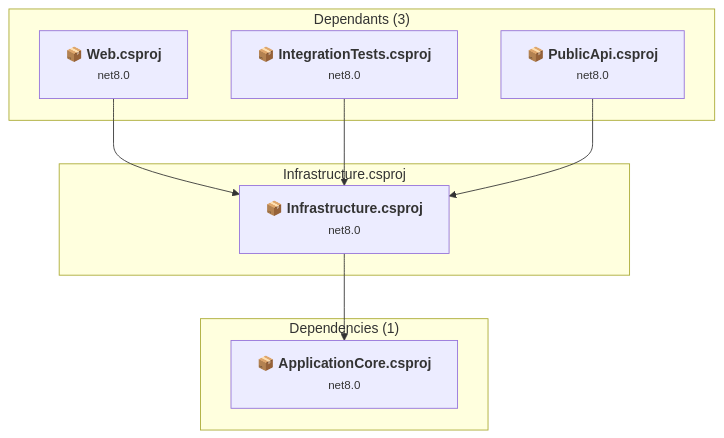
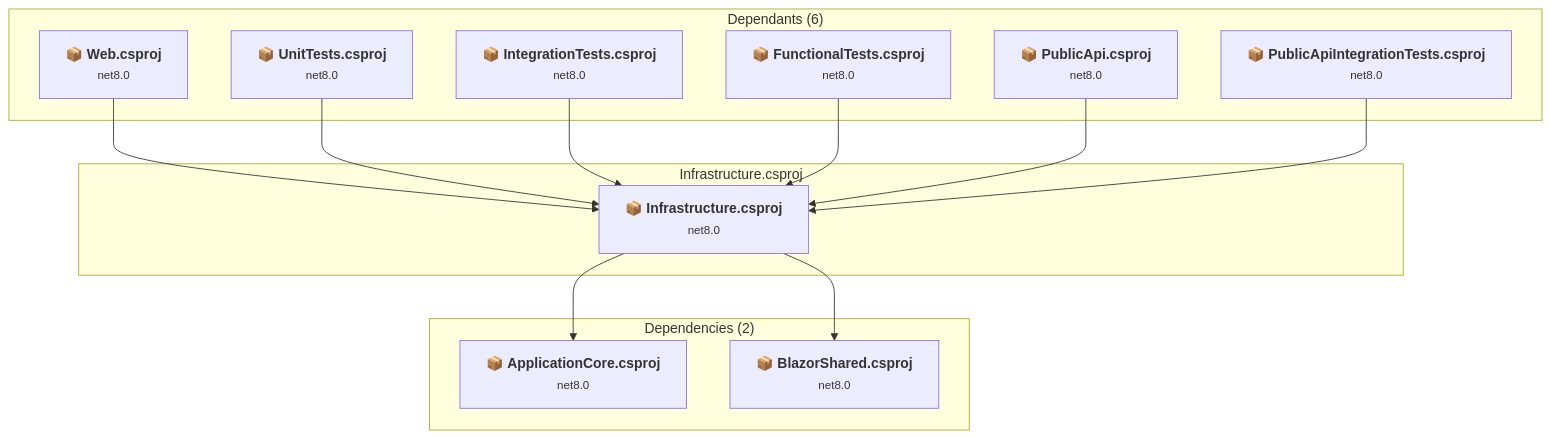
The diagram in .github/upgrades/scenarios/dotnet-version-upgrade/assessment/projects/Infrastructure.md (kaushganguly/eShopOnWeb), drawn with Mermaid before and after one commit. The commit also changed other lines of this file and 20 other files, not shown here.

````diff
--- a/.github/upgrades/scenarios/dotnet-version-upgrade/assessment/projects/Infrastructure.md
+++ b/.github/upgrades/scenarios/dotnet-version-upgrade/assessment/projects/Infrastructure.md
@@ -36,24 +40,36 @@
 ```mermaid
 flowchart TB
-    subgraph upstream["Dependants (3)"]
+    subgraph upstream["Dependants (6)"]
         P1["<b>📦&nbsp;Web.csproj</b><br/><small>net8.0</small>"]
+        P4["<b>📦&nbsp;UnitTests.csproj</b><br/><small>net8.0</small>"]
         P5["<b>📦&nbsp;IntegrationTests.csproj</b><br/><small>net8.0</small>"]
+        P6["<b>📦&nbsp;FunctionalTests.csproj</b><br/><small>net8.0</small>"]
         P7["<b>📦&nbsp;PublicApi.csproj</b><br/><small>net8.0</small>"]
+        P10["<b>📦&nbsp;PublicApiIntegrationTests.csproj</b><br/><small>net8.0</small>"]
         click P1 "../projects/Web.md"
+        click P4 "../projects/UnitTests.md"
         click P5 "../projects/IntegrationTests.md"
+        click P6 "../projects/FunctionalTests.md"
         click P7 "../projects/PublicApi.md"
+        click P10 "../projects/PublicApiIntegrationTests.md"
     end
     subgraph current["Infrastructure.csproj"]
         MAIN["<b>📦&nbsp;Infrastructure.csproj</b><br/><small>net8.0</small>"]
         click MAIN "../projects/Infrastructure.md"
     end
-    subgraph downstream["Dependencies (1)"]
+    subgraph downstream["Dependencies (2)"]
         P3["<b>📦&nbsp;ApplicationCore.csproj</b><br/><small>net8.0</small>"]
+        P9["<b>📦&nbsp;BlazorShared.csproj</b><br/><small>net8.0</small>"]
         click P3 "../projects/ApplicationCore.md"
+        click P9 "../projects/BlazorShared.md"
     end
     P1 --> MAIN
+    P4 --> MAIN
     P5 --> MAIN
+    P6 --> MAIN
     P7 --> MAIN
+    P10 --> MAIN
     MAIN --> P3
+    MAIN --> P9
 
 ```
````
